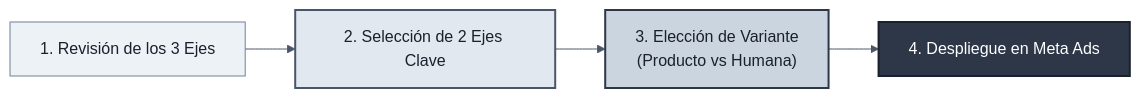
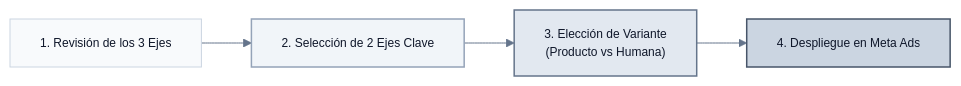
The second of 8 diagrams in releases/drinklovers/PROPUESTA_MES_1_META_ADS.md (jsrxar77/mo-baseline), drawn with Mermaid before and after one commit. The commit also changed other lines of this file, not shown here.

Commit message:
style(drinklovers): harmonize all mermaid diagrams with soft gray palette, black text, compact quadrant font and scaled gantt dates

````diff
--- a/releases/drinklovers/PROPUESTA_MES_1_META_ADS.md
+++ b/releases/drinklovers/PROPUESTA_MES_1_META_ADS.md
@@ -50,12 +67,23 @@
 ```mermaid
-%%{init: {'theme': 'base', 'themeVariables': { 'primaryColor': '#F7FAFC', 'primaryTextColor': '#1A202C', 'primaryBorderColor': '#4A5568', 'lineColor': '#4A5568' }}}%%
+%%{init: {
+  'theme': 'base',
+  'themeVariables': {
+    'primaryColor': '#F1F5F9',
+    'primaryTextColor': '#0F172A',
+    'primaryBorderColor': '#94A3B8',
+    'lineColor': '#64748B',
+    'fontFamily': 'system-ui, -apple-system, sans-serif',
+    'fontSize': '12px'
+  },
+  'themeCSS': 'text { fill: #0F172A !important; font-family: system-ui, -apple-system, sans-serif !important; }'
+}}%%
 flowchart LR
     A["1. Revisión de los 3 Ejes"] --> B["2. Selección de 2 Ejes Clave"]
     B --> C["3. Elección de Variante<br/>(Producto vs Humana)"]
     C --> D["4. Despliegue en Meta Ads"]
     
-    style A fill:#EDF2F7,stroke:#718096,stroke-width:1px,color:#1A202C
-    style B fill:#E2E8F0,stroke:#4A5568,stroke-width:2px,color:#1A202C
-    style C fill:#CBD5E0,stroke:#2D3748,stroke-width:2px,color:#1A202C
-    style D fill:#2D3748,stroke:#1A202C,stroke-width:2px,color:#FFFFFF
+    style A fill:#F8FAFC,stroke:#CBD5E1,stroke-width:1px,color:#0F172A
+    style B fill:#F1F5F9,stroke:#94A3B8,stroke-width:1.5px,color:#0F172A
+    style C fill:#E2E8F0,stroke:#64748B,stroke-width:1.5px,color:#0F172A
+    style D fill:#CBD5E1,stroke:#475569,stroke-width:1.5px,color:#0F172A
 ```
````
